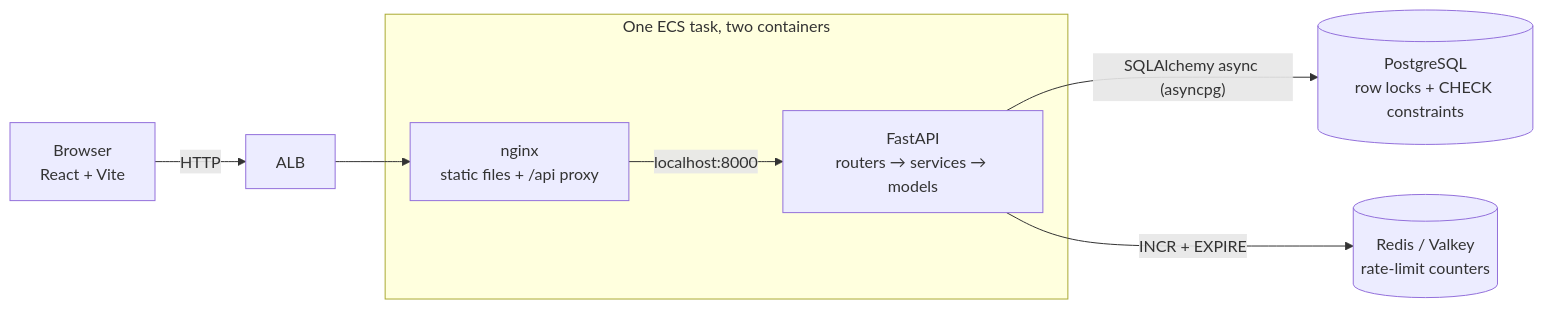
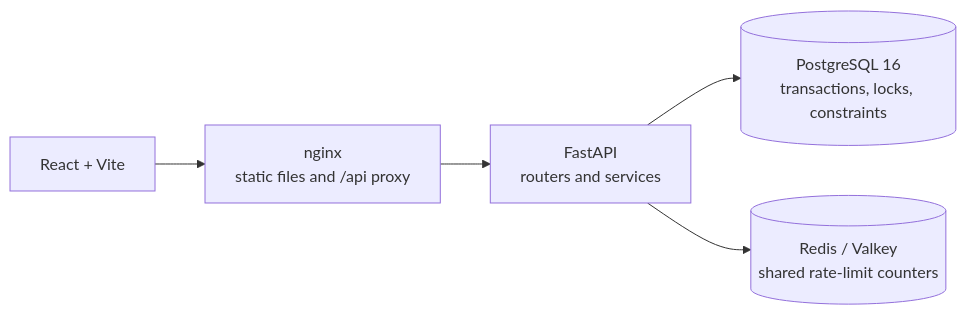
One commit to musayounus/SmartCart changed the diagram in README.md. Above: the diagram before and after it, drawn with Mermaid. The commit also changed other lines of this file, not shown here.

````diff
--- a/README.md
+++ b/README.md
@@ -75,18 +55,12 @@
 ```mermaid
 flowchart LR
-    browser["Browser<br/>React + Vite"]
+    browser[React + Vite]
+    nginx["nginx<br/>static files and /api proxy"]
+    api["FastAPI<br/>routers and services"]
+    postgres[("PostgreSQL 16<br/>transactions, locks, constraints")]
+    redis[("Redis / Valkey<br/>shared rate-limit counters")]
 
-    subgraph task["One ECS task, two containers"]
-        nginx["nginx<br/>static files + /api proxy"]
-        api["FastAPI<br/>routers → services → models"]
-    end
-
-    pg[("PostgreSQL<br/>row locks + CHECK constraints")]
-    redis[("Redis / Valkey<br/>rate-limit counters")]
-
-    browser -->|HTTP| alb["ALB"]
-    alb --> nginx
-    nginx -->|localhost:8000| api
-    api -->|"SQLAlchemy async (asyncpg)"| pg
-    api -->|INCR + EXPIRE| redis
+    browser --> nginx --> api
+    api --> postgres
+    api --> redis
 ```
````
